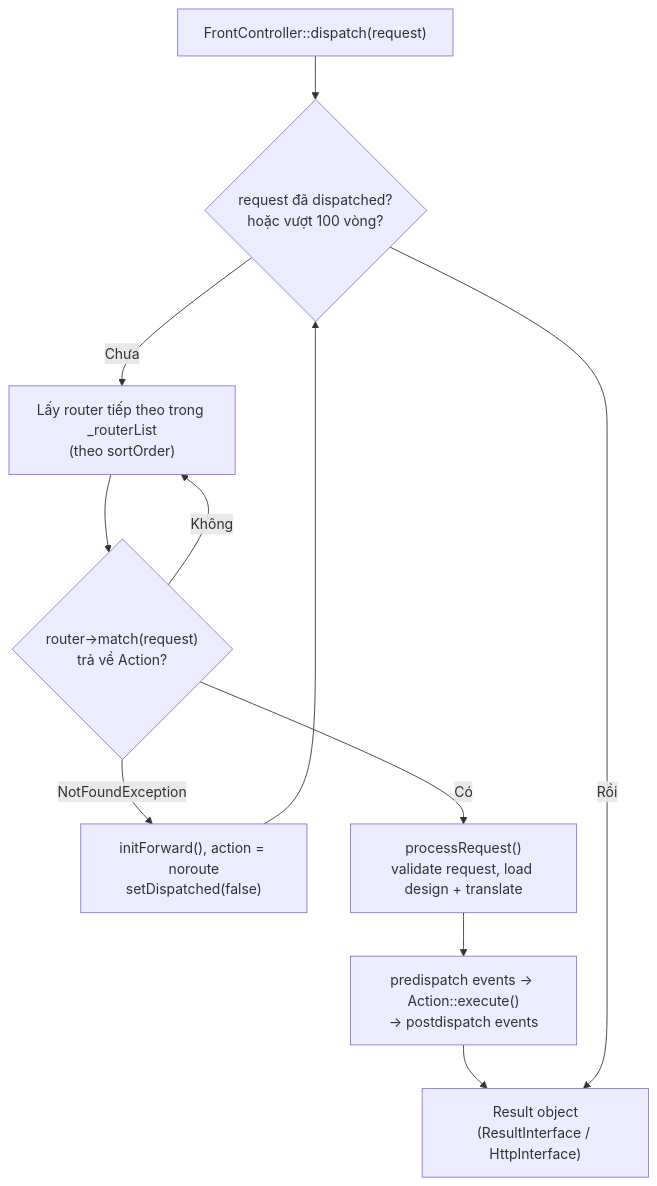
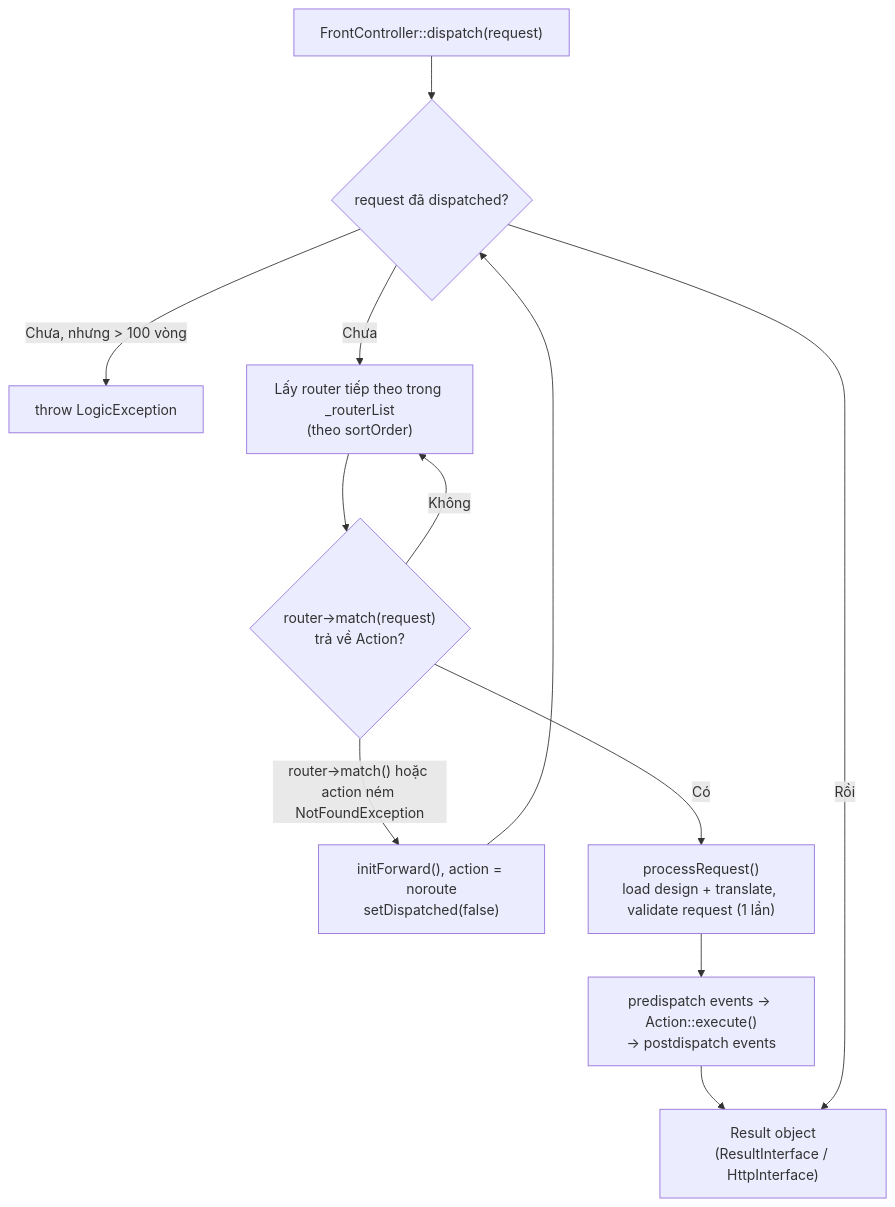
Before and after one commit to dpnam03/dev-doc: the second of 2 diagrams in Dev Docs/10. Magento/10. Knowledge Base/Architecture/Routing trong Magento Commerce.md, drawn with Mermaid. The commit also changed other lines of this file and 41 other files, not shown here.

First line of the commit message:
magento-base-knowledge-architecture - Review and fix Architecture docs against Magento 2.4.8-p5

````diff
--- a/Dev Docs/10. Magento/10. Knowledge Base/Architecture/Routing trong Magento Commerce.md
+++ b/Dev Docs/10. Magento/10. Knowledge Base/Architecture/Routing trong Magento Commerce.md
@@ -272,13 +272,14 @@
 ```mermaid
 flowchart TD
-    A["FrontController::dispatch(request)"] --> B{"request đã dispatched?<br/>hoặc vượt 100 vòng?"}
+    A["FrontController::dispatch(request)"] --> B{"request đã dispatched?"}
+    B -- "Chưa, nhưng > 100 vòng" --> X["throw LogicException"]
     B -- Chưa --> C["Lấy router tiếp theo trong _routerList<br/>(theo sortOrder)"]
     C --> D{"router->match(request)<br/>trả về Action?"}
     D -- Không --> C
-    D -- "NotFoundException" --> E["initForward(), action = noroute<br/>setDispatched(false)"]
+    D -- "router->match() hoặc action ném NotFoundException" --> E["initForward(), action = noroute<br/>setDispatched(false)"]
     E --> B
-    D -- Có --> F["processRequest()<br/>validate request, load design + translate"]
+    D -- Có --> F["processRequest()<br/>load design + translate, validate request (1 lần)"]
     F --> G["predispatch events → Action::execute()<br/>→ postdispatch events"]
     G --> H["Result object<br/>(ResultInterface / HttpInterface)"]
     B -- Rồi --> H
 ```
````
